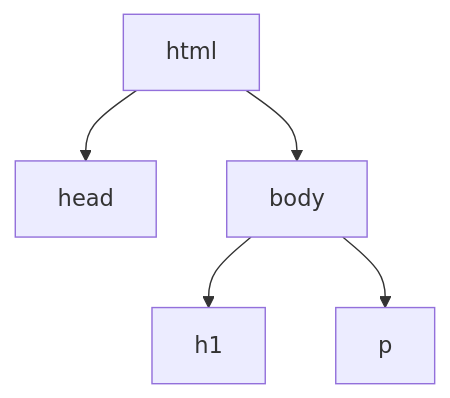
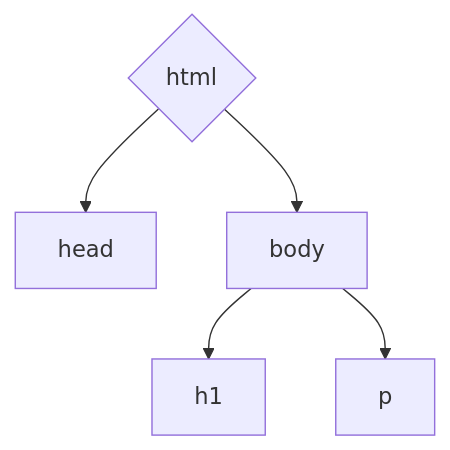
One commit to nextmarte/raspagemCid changed the diagram in index.qmd. Above: the diagram before and after it, drawn with Mermaid. The commit also changed other lines of this file and 6 other files, not shown here.

````diff
--- a/index.qmd
+++ b/index.qmd
@@ -62,12 +75,12 @@
 ```{mermaid}
 graph TB
-    A[html]
+    A{html}
     B[head]
     C[body]
     D[h1]
     E[p]
     A --> B
     A --> C
     C --> D
     C --> E
 ```
````
